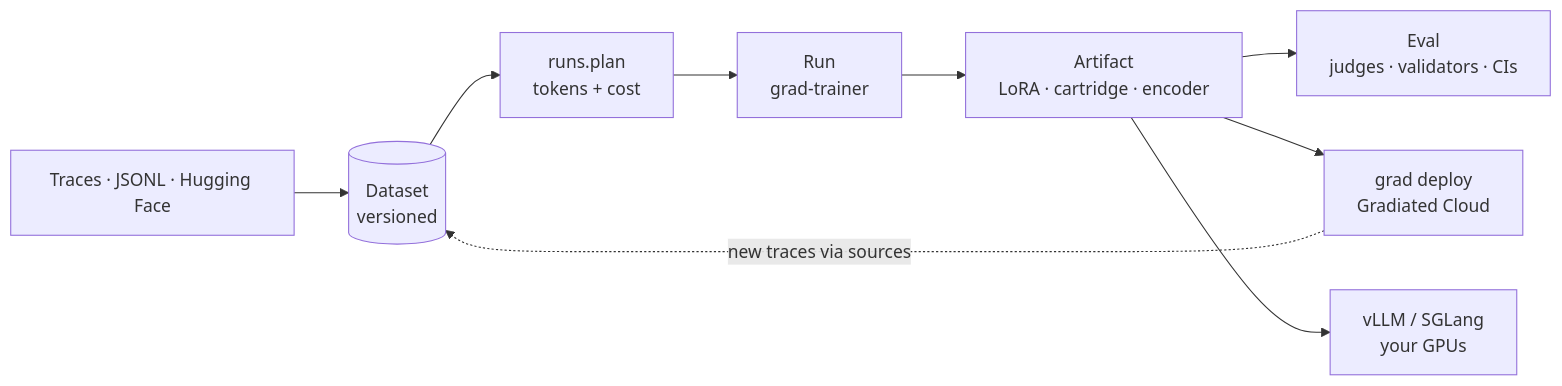
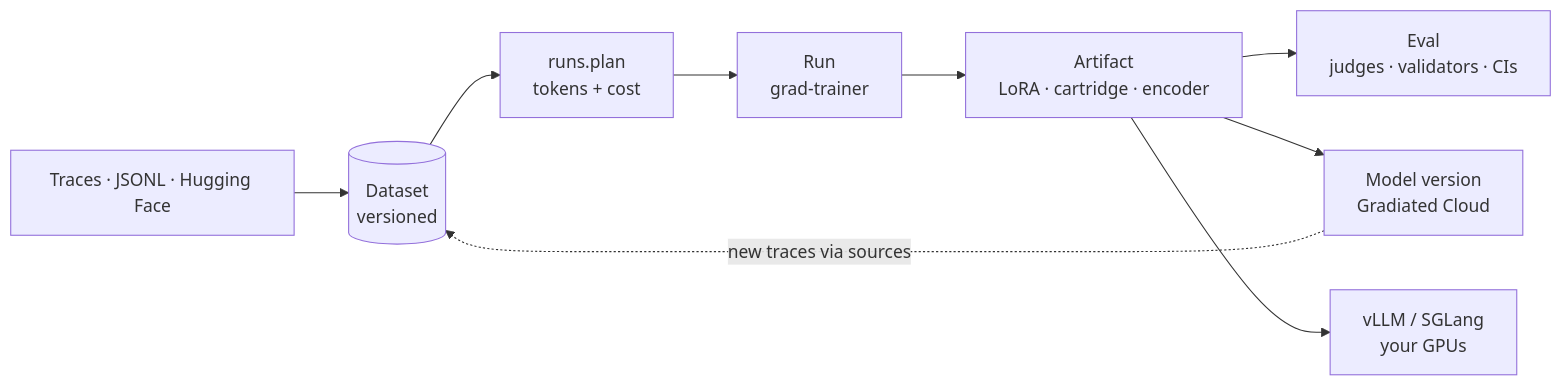
The diagram in README.md (Gradiated/grad), drawn with Mermaid before and after one commit. The commit also changed other lines of this file and 11 other files, not shown here.

````diff
--- a/README.md
+++ b/README.md
@@ -229,11 +219,11 @@
 ```mermaid
 flowchart LR
     T["Traces · JSONL · Hugging Face"] --> D[("Dataset<br/>versioned")]
     D --> P["runs.plan<br/>tokens + cost"]
     P --> R["Run<br/>grad-trainer"]
     R --> A["Artifact<br/>LoRA · cartridge · encoder"]
     A --> E["Eval<br/>judges · validators · CIs"]
-    A --> C["grad deploy<br/>Gradiated Cloud"]
+    A --> C["Model version<br/>Gradiated Cloud"]
     A --> S["vLLM / SGLang<br/>your GPUs"]
     C -. new traces via sources .-> D
 ```
````
